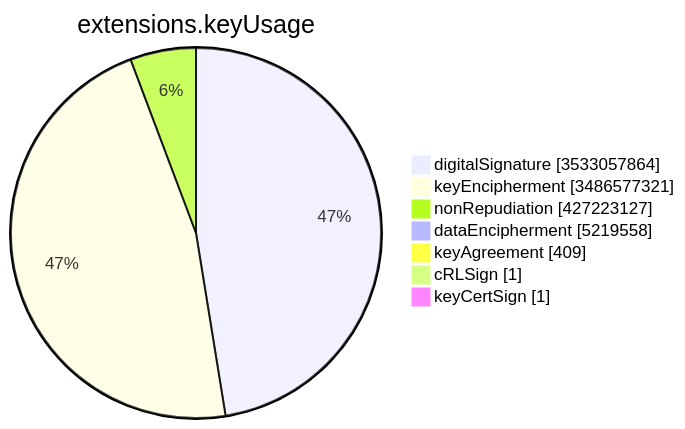
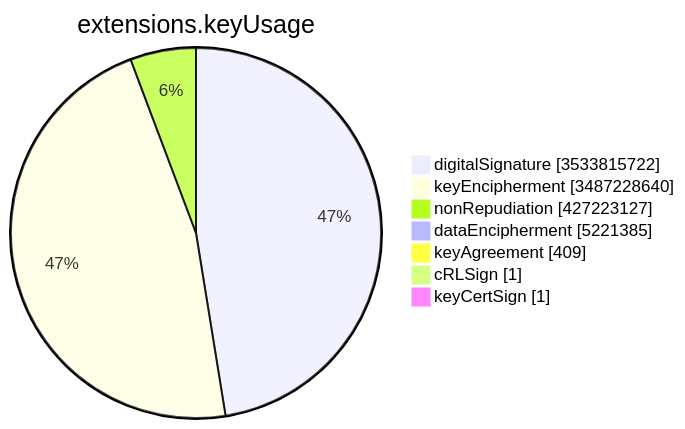
One commit to christiankrug/ctmonitor_visualization changed the sixth of 15 diagrams in TOTAL/README.md. Above: the diagram before and after it, drawn with Mermaid. The commit also changed other lines of this file, not shown here.

````diff
--- a/TOTAL/README.md
+++ b/TOTAL/README.md
@@ -3083,11 +3083,11 @@
 ```mermaid
 pie showData
 title extensions.keyUsage
-"digitalSignature" :3533057864
-"keyEncipherment" :3486577321
+"digitalSignature" :3533815722
+"keyEncipherment" :3487228640
 "nonRepudiation" :427223127
-"dataEncipherment" :5219558
+"dataEncipherment" :5221385
 "keyAgreement" :409
 "cRLSign" :1
 "keyCertSign" :1
 ```
````
